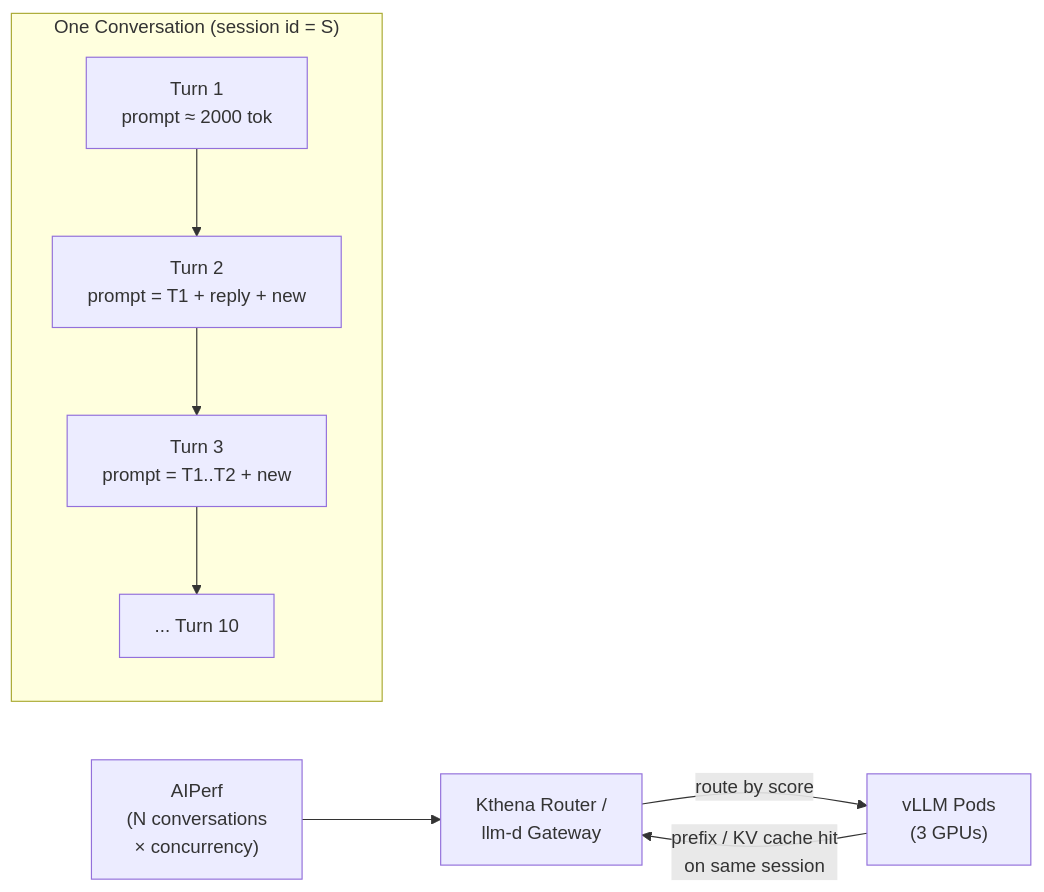
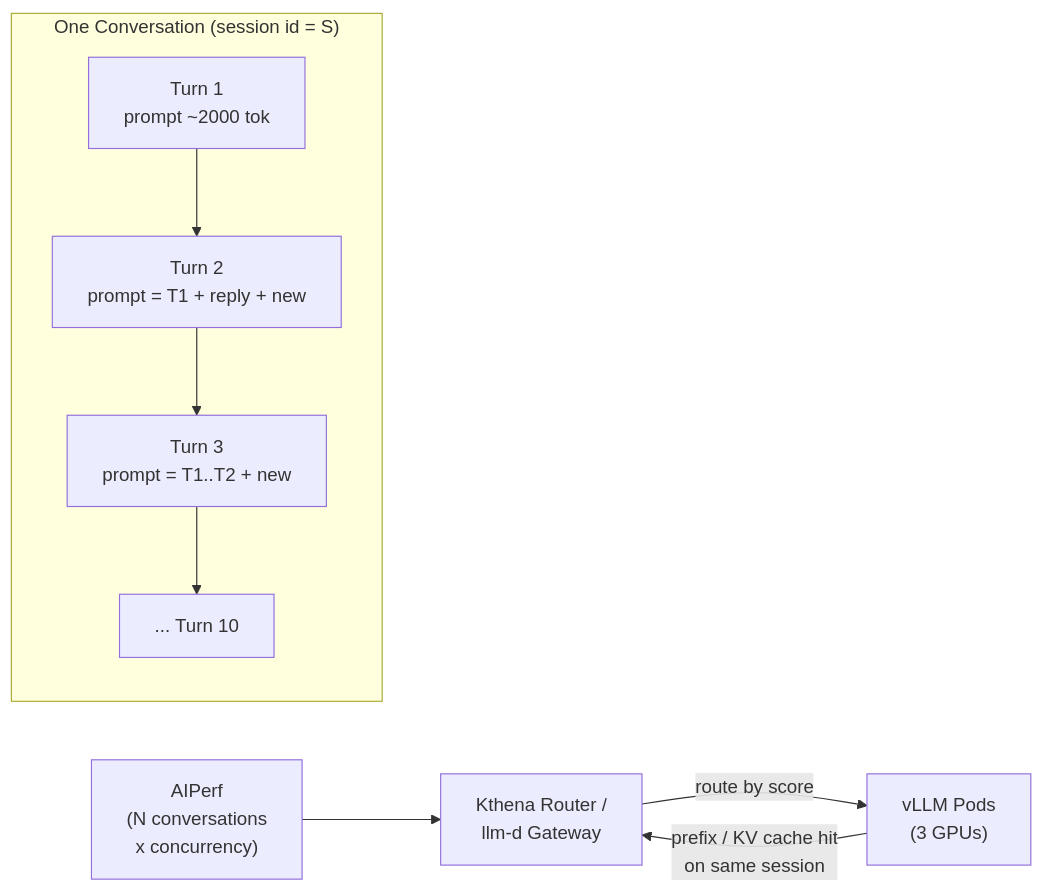
The first of 20 diagrams in benchmark-report.md (YaoZengzeng/kthena), drawn with Mermaid before and after one commit. The commit also changed other lines of this file, not shown here.

````diff
--- a/benchmark-report.md
+++ b/benchmark-report.md
@@ -84,11 +84,11 @@
 ```mermaid
 flowchart LR
     subgraph Conversation["One Conversation (session id = S)"]
-        T1["Turn 1<br/>prompt ≈ 2000 tok"] --> T2["Turn 2<br/>prompt = T1 + reply + new"]
+        T1["Turn 1<br/>prompt ~2000 tok"] --> T2["Turn 2<br/>prompt = T1 + reply + new"]
         T2 --> T3["Turn 3<br/>prompt = T1..T2 + new"]
         T3 --> Tn["... Turn 10"]
     end
-    AIPerf["AIPerf<br/>(N conversations<br/>× concurrency)"] --> Router["Kthena Router /<br/>llm-d Gateway"]
+    AIPerf["AIPerf<br/>(N conversations<br/>x concurrency)"] --> Router["Kthena Router /<br/>llm-d Gateway"]
     Router -->|route by score| Pods["vLLM Pods<br/>(3 GPUs)"]
     Pods -->|prefix / KV cache hit<br/>on same session| Router
 ```
````
